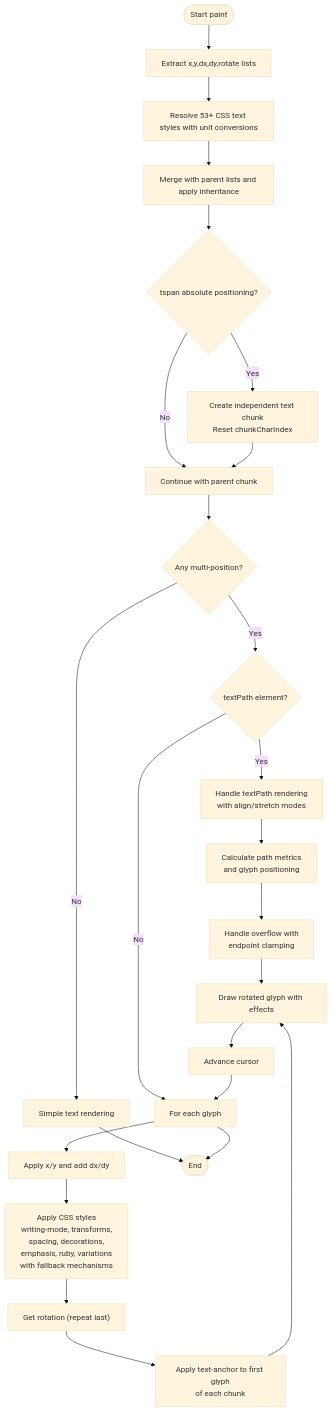
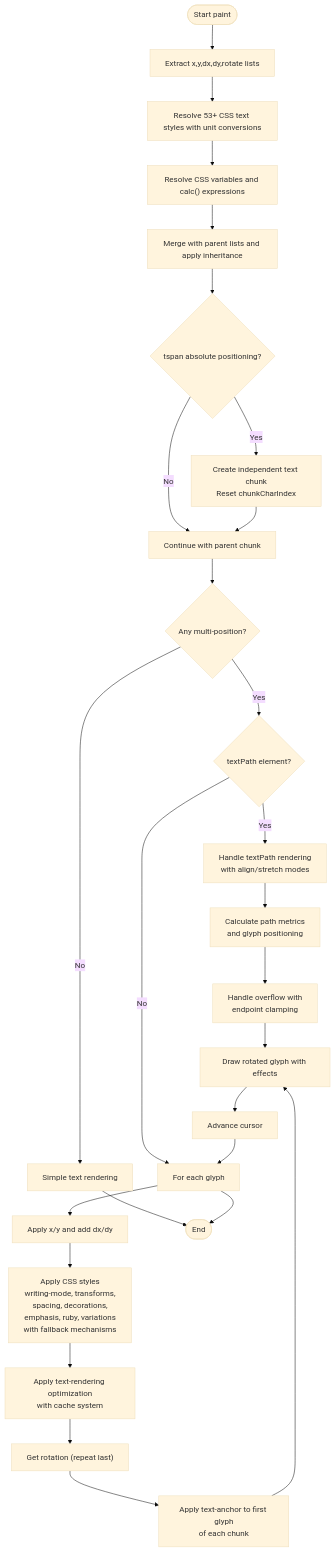
Before and after one commit to denisnadey/flutter_full_svg_support: the fourth of 5 diagrams in .qoder/repowiki/en/content/Animated SVG Support/Text Positioning Attributes.md, drawn with Mermaid (base theme). The commit also changed other lines of this file and 18 other files, not shown here.

````diff
--- a/.qoder/repowiki/en/content/Animated SVG Support/Text Positioning Attributes.md
+++ b/.qoder/repowiki/en/content/Animated SVG Support/Text Positioning Attributes.md
@@ -386,27 +419,29 @@
 ```mermaid
 flowchart TD
 Start(["Start paint"]) --> Extract["Extract x,y,dx,dy,rotate lists"]
 Extract --> CSS["Resolve 53+ CSS text styles with unit conversions"]
-CSS --> Merge["Merge with parent lists and apply inheritance"]
+CSS --> CSSVars["Resolve CSS variables and calc() expressions"]
+CSSVars --> Merge["Merge with parent lists and apply inheritance"]
 Merge --> ChunkCheck{"tspan absolute positioning?"}
 ChunkCheck --> |Yes| NewChunk["Create independent text chunk<br/>Reset chunkCharIndex"]
 ChunkCheck --> |No| Continue["Continue with parent chunk"]
 NewChunk --> Continue
 Continue --> HasMulti{"Any multi-position?"}
 HasMulti --> |No| Simple["Simple text rendering"]
 HasMulti --> |Yes| PathCheck{"textPath element?"}
 PathCheck --> |Yes| TextPath["Handle textPath rendering<br/>with align/stretch modes"]
 PathCheck --> |No| Loop["For each glyph"]
 Loop --> ApplyPos["Apply x/y and add dx/dy"]
 ApplyPos --> CSSApply["Apply CSS styles<br/>writing-mode, transforms,<br/>spacing, decorations,<br/>emphasis, ruby, variations<br/>with fallback mechanisms"]
-CSSApply --> Rotate["Get rotation (repeat last)"]
+CSSApply --> RenderOpt["Apply text-rendering optimization<br/>with cache system"]
+RenderOpt --> Rotate["Get rotation (repeat last)"]
 Rotate --> Anchor["Apply text-anchor to first glyph<br/>of each chunk"]
 Anchor --> Draw["Draw rotated glyph with effects"]
 Draw --> Next["Advance cursor"]
 Next --> Loop
 TextPath --> PathCalc["Calculate path metrics<br/>and glyph positioning"]
 PathCalc --> Overflow["Handle overflow with<br/>endpoint clamping"]
 Overflow --> Draw
 Simple --> End(["End"])
 Loop --> End
 ```
````
